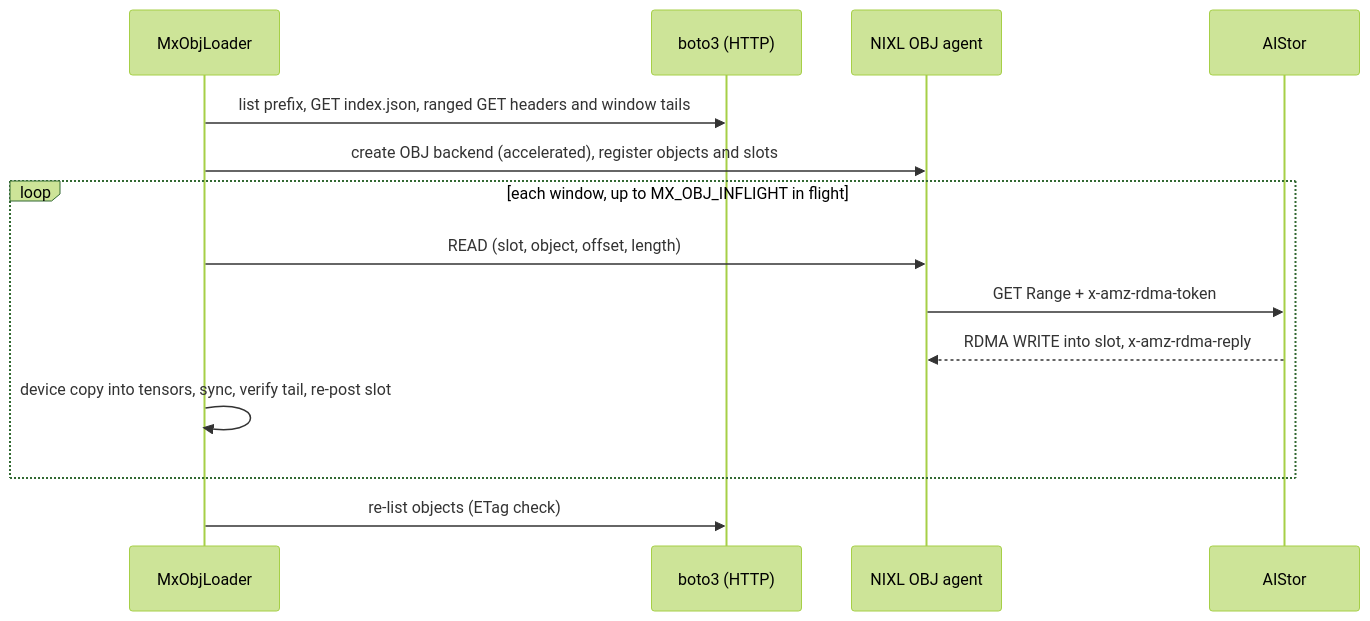
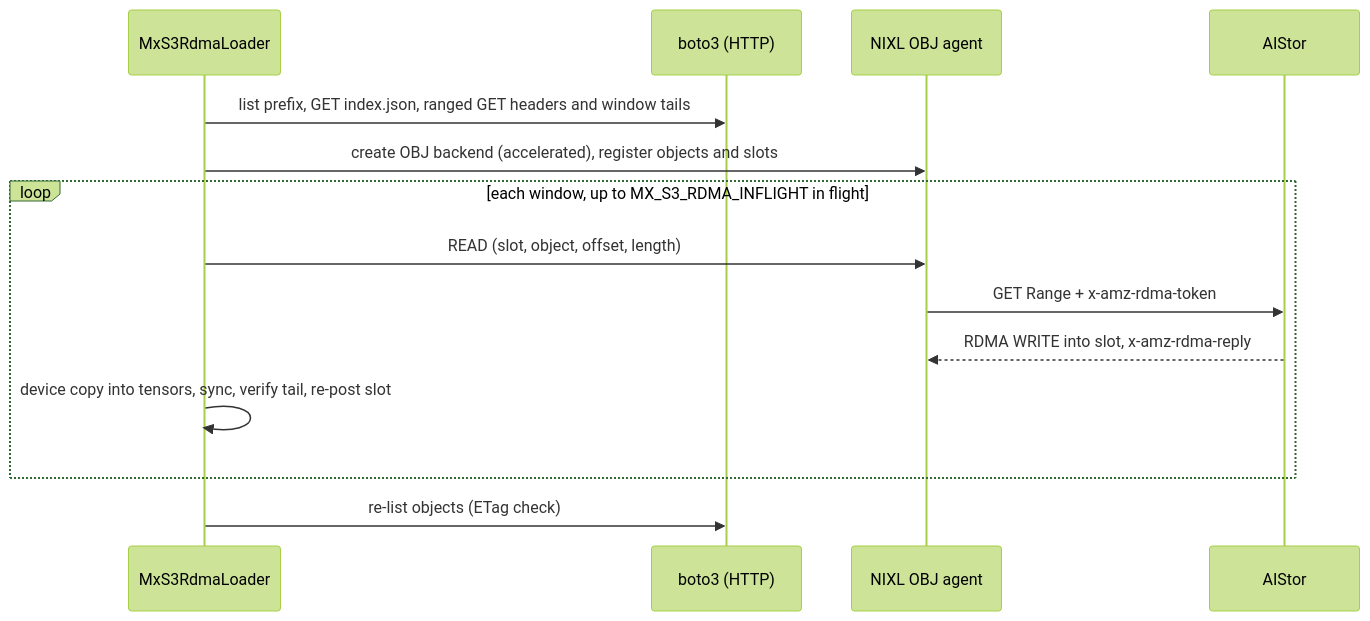
The fifth of 7 diagrams in docs/ARCHITECTURE.md (ai-dynamo/modelexpress), drawn with Mermaid (forest theme) before and after one commit. The commit also changed other lines of this file and 26 other files, not shown here.

First line of the commit message:
refactor(client): rename the obj strategy to s3_rdma

````diff
--- a/docs/ARCHITECTURE.md
+++ b/docs/ARCHITECTURE.md
@@ -1816,16 +1816,16 @@
 ```mermaid
 sequenceDiagram
-    participant L as MxObjLoader
+    participant L as MxS3RdmaLoader
     participant H as boto3 (HTTP)
     participant N as NIXL OBJ agent
     participant S as AIStor
     L->>H: list prefix, GET index.json, ranged GET headers and window tails
     L->>N: create OBJ backend (accelerated), register objects and slots
-    loop each window, up to MX_OBJ_INFLIGHT in flight
+    loop each window, up to MX_S3_RDMA_INFLIGHT in flight
         L->>N: READ (slot, object, offset, length)
         N->>S: GET Range + x-amz-rdma-token
         S-->>N: RDMA WRITE into slot, x-amz-rdma-reply
         L->>L: device copy into tensors, sync, verify tail, re-post slot
     end
     L->>H: re-list objects (ETag check)
 ```
````
